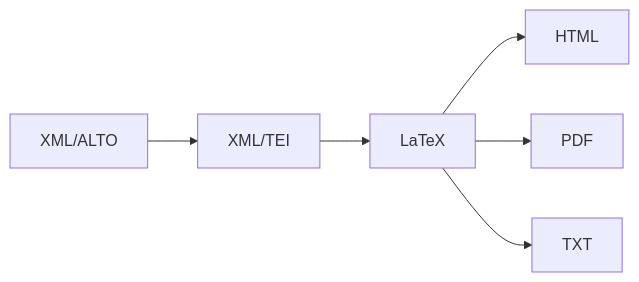
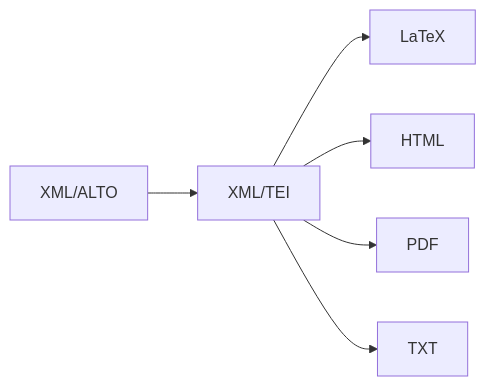
The diagram in profile/README.md (16thExegesisDH/.github), drawn with Mermaid before and after one commit.

Commit message:
Update flowchart connections in README.md

````diff
--- a/profile/README.md
+++ b/profile/README.md
@@ -87,8 +87,8 @@
 ```mermaid
 flowchart LR
     A[XML/ALTO] --> B[XML/TEI]
     B --> C[LaTeX]
-    C --> D[HTML]
-    C --> E[PDF]
-    C --> F[TXT]
+    B --> D[HTML]
+    B --> E[PDF]
+    B --> F[TXT]
 ``` 
````
